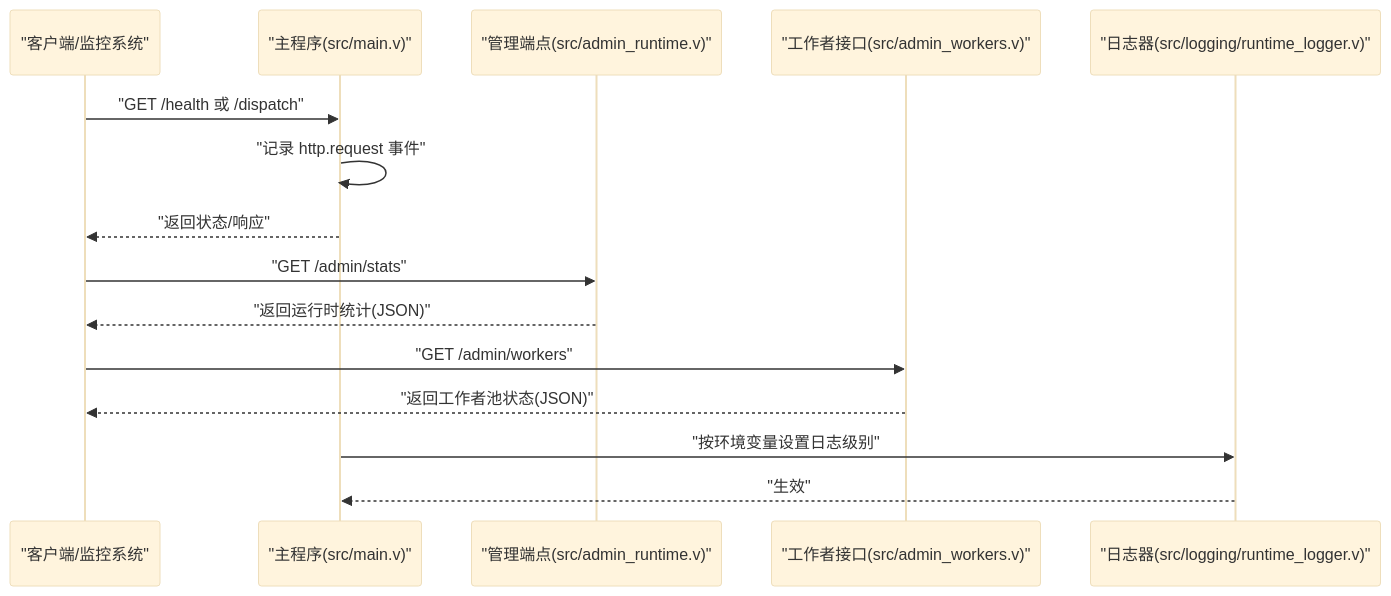
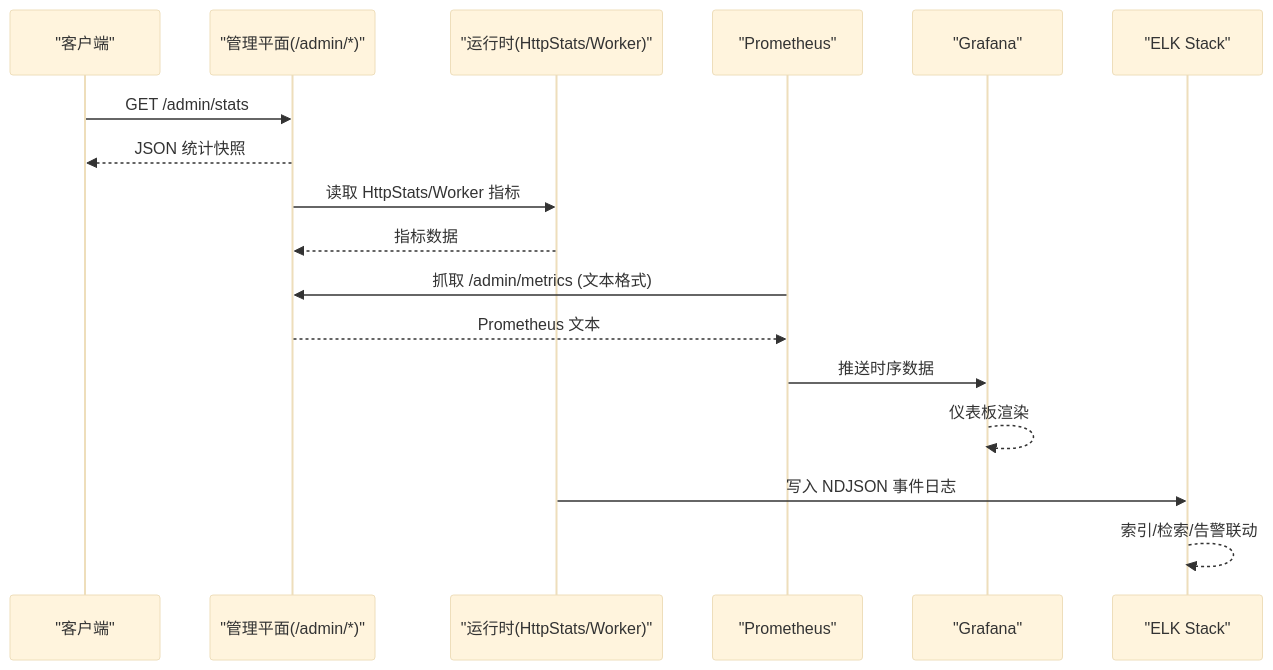
The second of 8 diagrams in .qoder/repowiki/zh/content/部署运维/监控告警.md (guweigang/vhttpd), drawn with Mermaid (base theme) before and after one commit. The commit also changed other lines of this file and 697 other files, not shown here.

````diff
--- a/.qoder/repowiki/zh/content/部署运维/监控告警.md
+++ b/.qoder/repowiki/zh/content/部署运维/监控告警.md
@@ -87,17 +111,19 @@
 ```mermaid
 sequenceDiagram
-participant Client as "客户端/监控系统"
-participant Main as "主程序(src/main.v)"
-participant Admin as "管理端点(src/admin_runtime.v)"
-participant Workers as "工作者接口(src/admin_workers.v)"
-participant Logger as "日志器(src/logging/runtime_logger.v)"
-Client->>Main : "GET /health 或 /dispatch"
-Main->>Main : "记录 http.request 事件"
-Main-->>Client : "返回状态/响应"
-Client->>Admin : "GET /admin/stats"
-Admin-->>Client : "返回运行时统计(JSON)"
-Client->>Workers : "GET /admin/workers"
-Workers-->>Client : "返回工作者池状态(JSON)"
-Main->>Logger : "按环境变量设置日志级别"
-Logger-->>Main : "生效"
+participant Client as "客户端"
+participant Admin as "管理平面(/admin/*)"
+participant Runtime as "运行时(HttpStats/Worker)"
+participant Prom as "Prometheus"
+participant Graf as "Grafana"
+participant ELK as "ELK Stack"
+Client->>Admin : GET /admin/stats
+Admin-->>Client : JSON 统计快照
+Admin->>Runtime : 读取 HttpStats/Worker 指标
+Runtime-->>Admin : 指标数据
+Prom->>Admin : 抓取 /admin/metrics (文本格式)
+Admin-->>Prom : Prometheus 文本
+Prom->>Graf : 推送时序数据
+Graf-->>Graf : 仪表板渲染
+Runtime->>ELK : 写入 NDJSON 事件日志
+ELK-->>ELK : 索引/检索/告警联动
 ```
````
